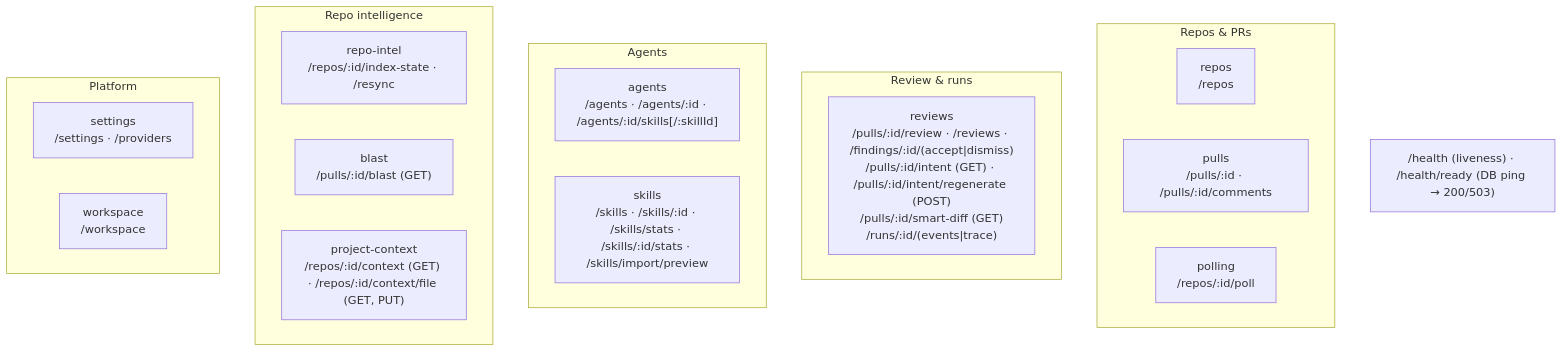
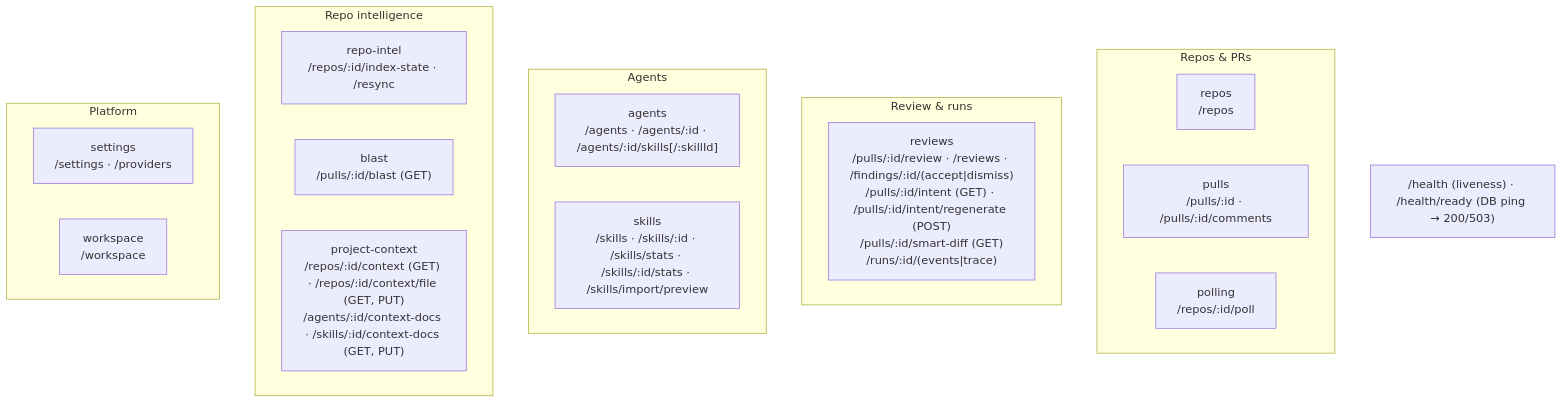
One commit to free3et/dev-digest changed the second of 2 diagrams in server/README.md. Above: the diagram before and after it, drawn with Mermaid. The commit also changed other lines of this file and 28 other files, not shown here.

First line of the commit message:
feat(server): attach project-context docs to agents and skills

````diff
--- a/server/README.md
+++ b/server/README.md
@@ -64,25 +64,25 @@
 ```mermaid
 flowchart TB
   subgraph Repos_PRs["Repos & PRs"]
     repos["repos<br/>/repos"]
     pulls["pulls<br/>/pulls/:id · /pulls/:id/comments"]
     polling["polling<br/>/repos/:id/poll"]
   end
   subgraph Review["Review & runs"]
     reviews["reviews<br/>/pulls/:id/review · /reviews · /findings/:id/(accept|dismiss)<br/>/pulls/:id/intent (GET) · /pulls/:id/intent/regenerate (POST)<br/>/pulls/:id/smart-diff (GET)<br/>/runs/:id/(events|trace)"]
   end
   subgraph Agents["Agents"]
     agents["agents<br/>/agents · /agents/:id · /agents/:id/skills[/:skillId]"]
     skills["skills<br/>/skills · /skills/:id · /skills/stats · /skills/:id/stats · /skills/import/preview"]
   end
   subgraph Intel["Repo intelligence"]
     repoIntel["repo-intel<br/>/repos/:id/index-state · /resync"]
     blast["blast<br/>/pulls/:id/blast (GET)"]
-    projectContext["project-context<br/>/repos/:id/context (GET) · /repos/:id/context/file (GET, PUT)"]
+    projectContext["project-context<br/>/repos/:id/context (GET) · /repos/:id/context/file (GET, PUT)<br/>/agents/:id/context-docs · /skills/:id/context-docs (GET, PUT)"]
   end
   subgraph Platform["Platform"]
     settings["settings<br/>/settings · /providers"]
     workspace["workspace<br/>/workspace"]
   end
   HEALTH["/health (liveness) · /health/ready (DB ping → 200/503)"]
 ```
````
